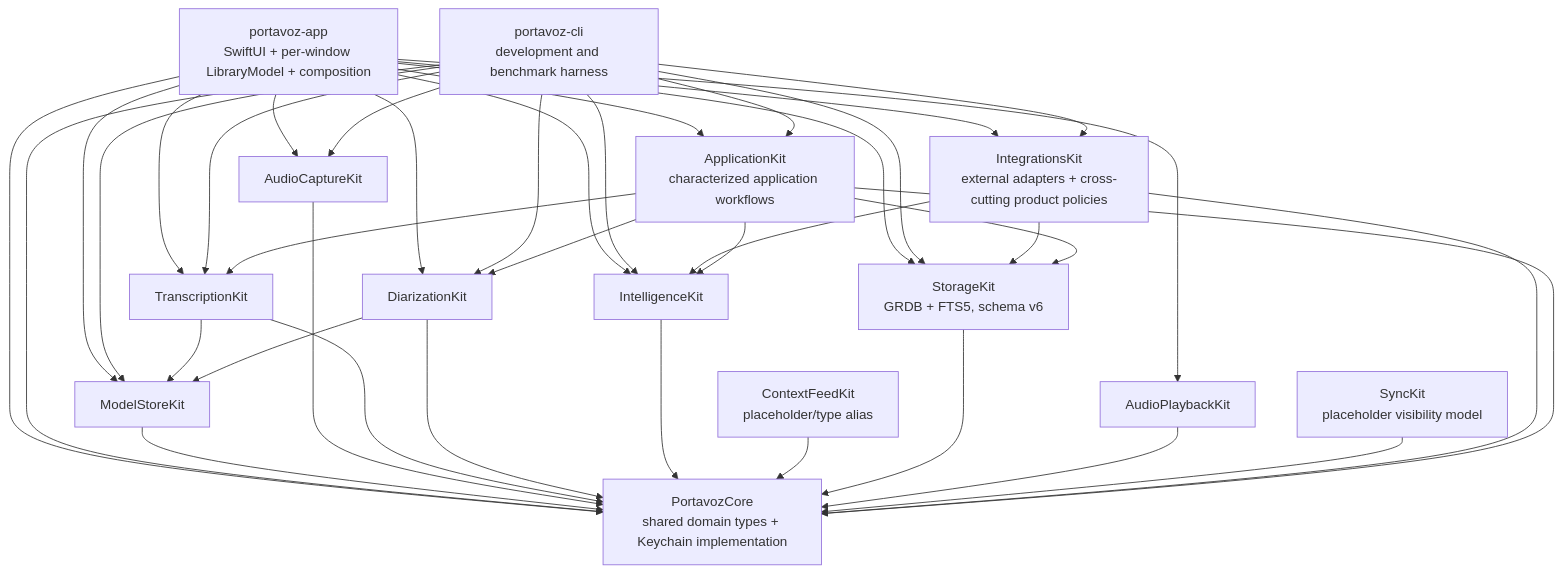
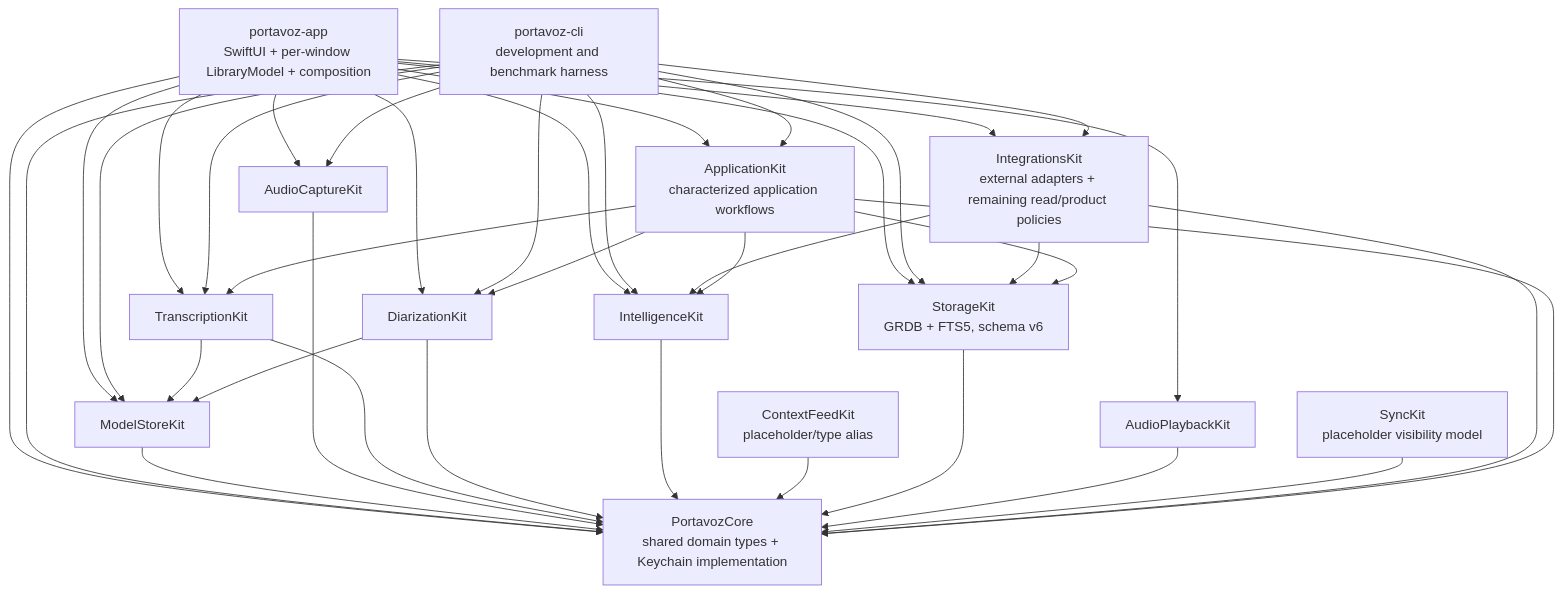
The first of 3 diagrams in docs/refactor-20260714.md (johnny4young/portavoz), drawn with Mermaid before and after one commit. The commit also changed other lines of this file and 24 other files, not shown here.

````diff
--- a/docs/refactor-20260714.md
+++ b/docs/refactor-20260714.md
@@ -76,56 +76,56 @@
 ```mermaid
 flowchart TB
     APP["portavoz-app\nSwiftUI + per-window LibraryModel + composition"]
     CLI["portavoz-cli\ndevelopment and benchmark harness"]
     APPLICATION["ApplicationKit\ncharacterized application workflows"]
     CORE["PortavozCore\nshared domain types + Keychain implementation"]
     MODEL["ModelStoreKit"]
     CAPTURE["AudioCaptureKit"]
     STT["TranscriptionKit"]
     DIAR["DiarizationKit"]
     INTEL["IntelligenceKit"]
     CONTEXT["ContextFeedKit\nplaceholder/type alias"]
     STORE["StorageKit\nGRDB + FTS5, schema v6"]
     PLAYBACK["AudioPlaybackKit"]
     SYNC["SyncKit\nplaceholder visibility model"]
-    INTEGRATIONS["IntegrationsKit\nexternal adapters + cross-cutting product policies"]
+    INTEGRATIONS["IntegrationsKit\nexternal adapters + remaining read/product policies"]
 
     APP --> CORE
     APP --> APPLICATION
     APP --> MODEL
     APP --> CAPTURE
     APP --> STT
     APP --> DIAR
     APP --> INTEL
     APP --> STORE
     APP --> PLAYBACK
     APP --> INTEGRATIONS
     CLI --> CORE
     CLI --> APPLICATION
     CLI --> MODEL
     CLI --> CAPTURE
     CLI --> STT
     CLI --> DIAR
     CLI --> INTEL
     CLI --> STORE
     CLI --> INTEGRATIONS
     MODEL --> CORE
     CAPTURE --> CORE
     STT --> CORE
     STT --> MODEL
     DIAR --> CORE
     DIAR --> MODEL
     INTEL --> CORE
     CONTEXT --> CORE
     STORE --> CORE
     PLAYBACK --> CORE
     SYNC --> CORE
     INTEGRATIONS --> CORE
     INTEGRATIONS --> INTEL
     INTEGRATIONS --> STORE
     APPLICATION --> CORE
     APPLICATION --> STT
     APPLICATION --> DIAR
     APPLICATION --> INTEL
     APPLICATION --> STORE
 ```
````
